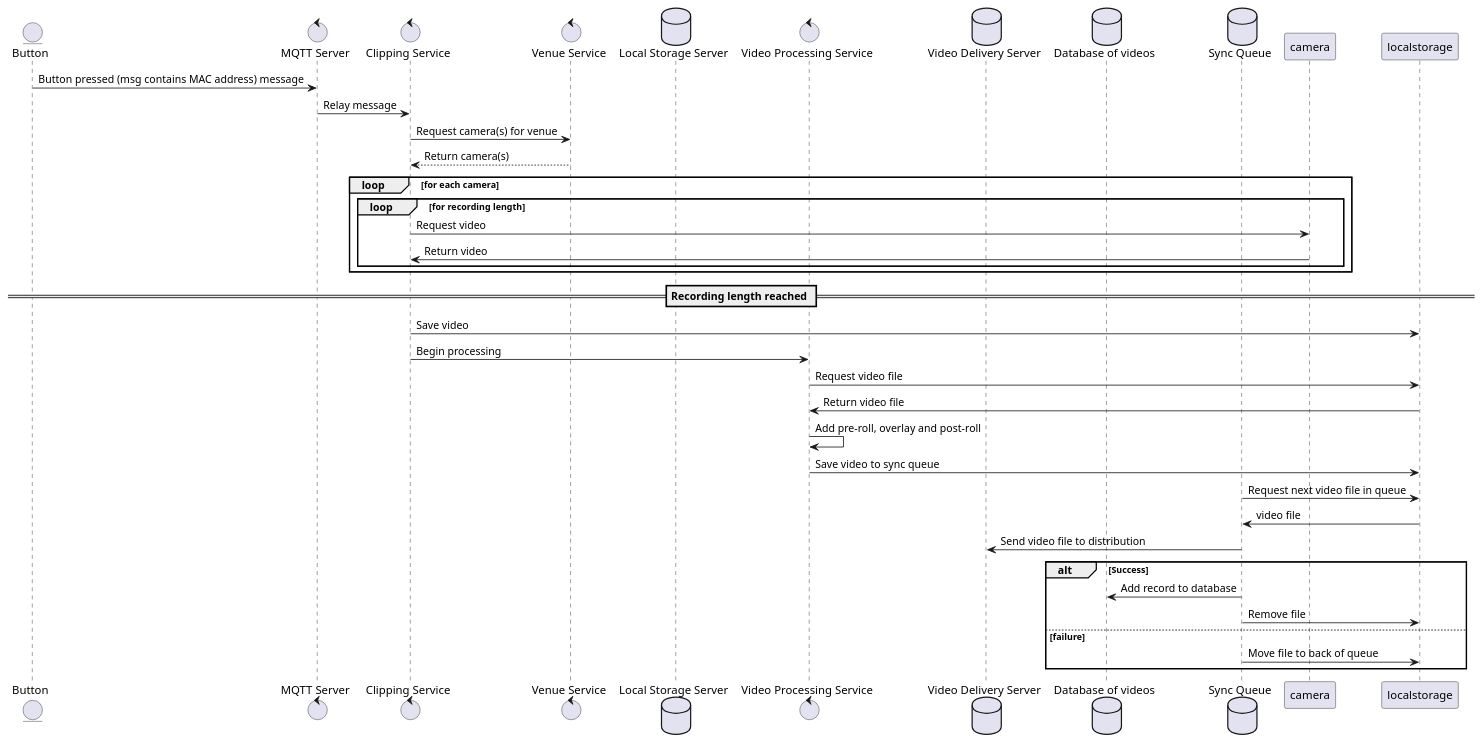
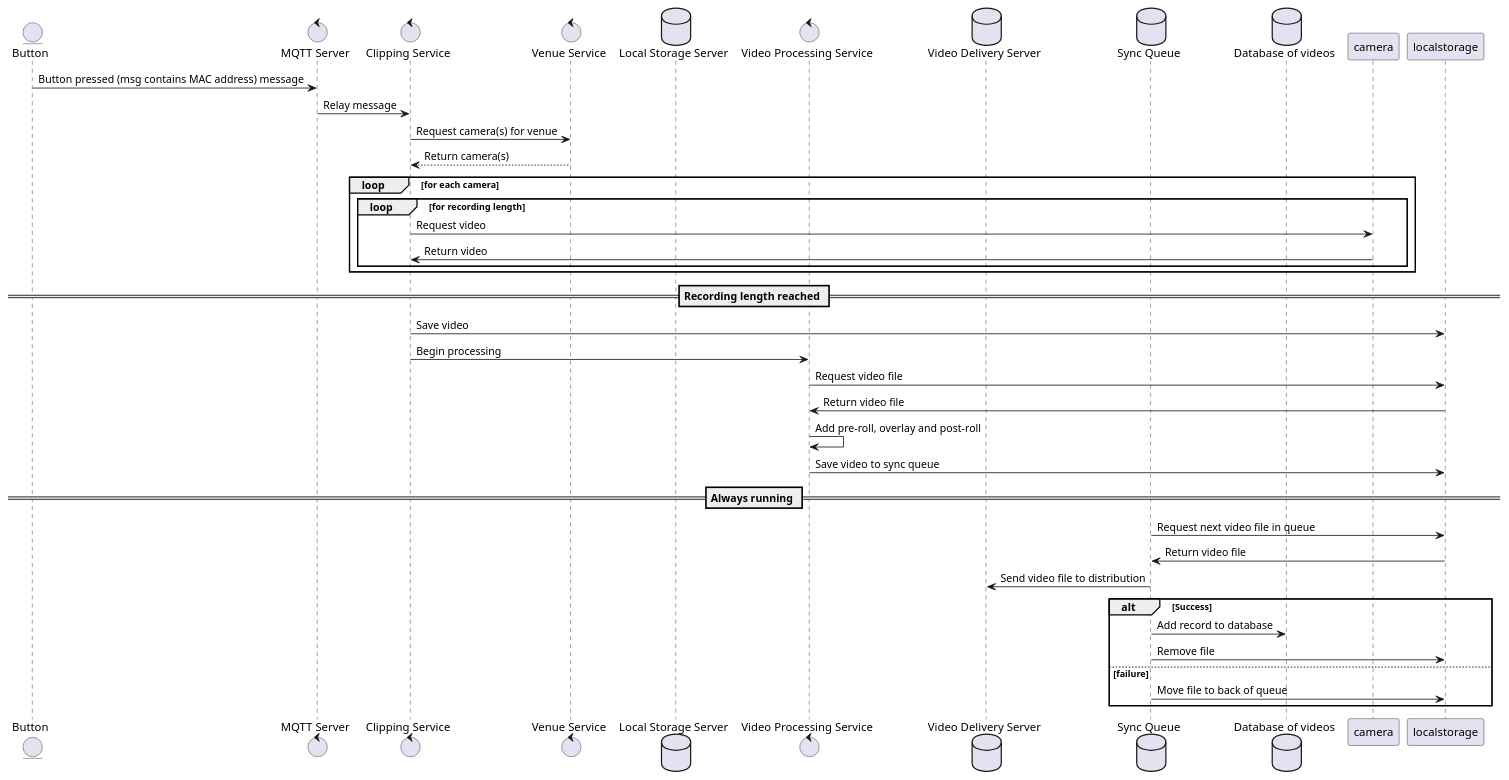
Before and after one commit to shaworth/planter: the diagram in overview.puml, drawn with PlantUML.

```diff
--- a/overview.puml
+++ b/overview.puml
@@ -1,42 +1,44 @@
 @startuml
 
 entity "Button" as button
 control "MQTT Server" as mqtt
 control "Clipping Service" as clipping
 control "Venue Service" as venue
 database "Local Storage Server" as localstore
 control "Video Processing Service" as postprocess
 database "Video Delivery Server" as s3
+database "Sync Queue" as sync
 database "Database of videos" as db
-database "Sync Queue" as sync
 
 button -> mqtt : Button pressed (msg contains MAC address) message
 mqtt -> clipping : Relay message
 clipping -> venue : Request camera(s) for venue
 venue --> clipping : Return camera(s)
 loop for each camera
     loop for recording length
         clipping -> camera: Request video
         camera -> clipping: Return video
     end
 end
 
 == Recording length reached ==
 
 clipping -> localstorage: Save video
 clipping -> postprocess: Begin processing
 postprocess -> localstorage: Request video file
 postprocess <- localstorage: Return video file
 postprocess -> postprocess: Add pre-roll, overlay and post-roll
 postprocess -> localstorage: Save video to sync queue
+
+== Always running ==
 sync -> localstorage: Request next video file in queue
-localstorage -> sync: video file
+localstorage -> sync: Return video file
 sync -> s3: Send video file to distribution
 alt Success
     sync -> db: Add record to database
     sync -> localstorage: Remove file
 else failure
     sync -> localstorage: Move file to back of queue
 end
 
 @enduml
```
